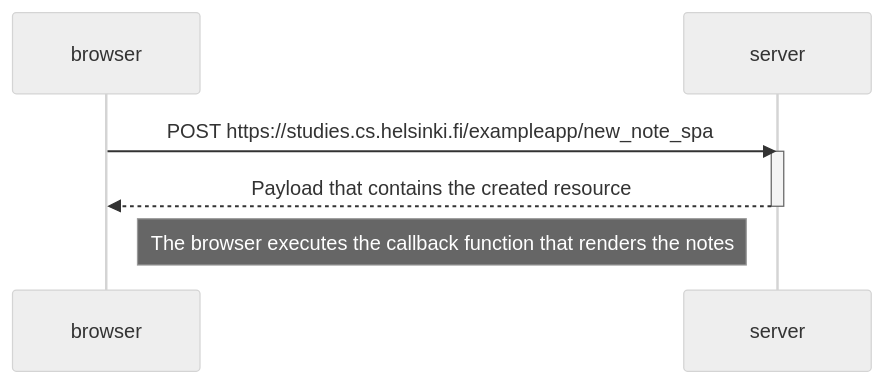
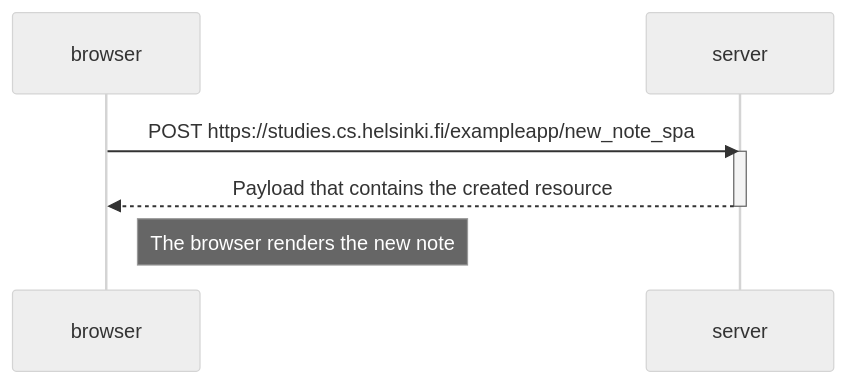
The diagram in part0/newNoteInSingleApp.md (sammydamz/FullStack-Open---Part-0), drawn with Mermaid (neutral theme) before and after one commit. The commit also changed 1 other file, not shown here.

````diff
--- a/part0/newNoteInSingleApp.md
+++ b/part0/newNoteInSingleApp.md
@@ -1,12 +1,12 @@
 ```mermaid
 sequenceDiagram
 participant browser
 participant server
 
     browser->>server: POST https://studies.cs.helsinki.fi/exampleapp/new_note_spa
     activate server
     server-->>browser: Payload that contains the created resource
     deactivate server
 
-    Note right of browser: The browser executes the callback function that renders the notes
+    Note right of browser: The browser renders the new note
 ```
````
